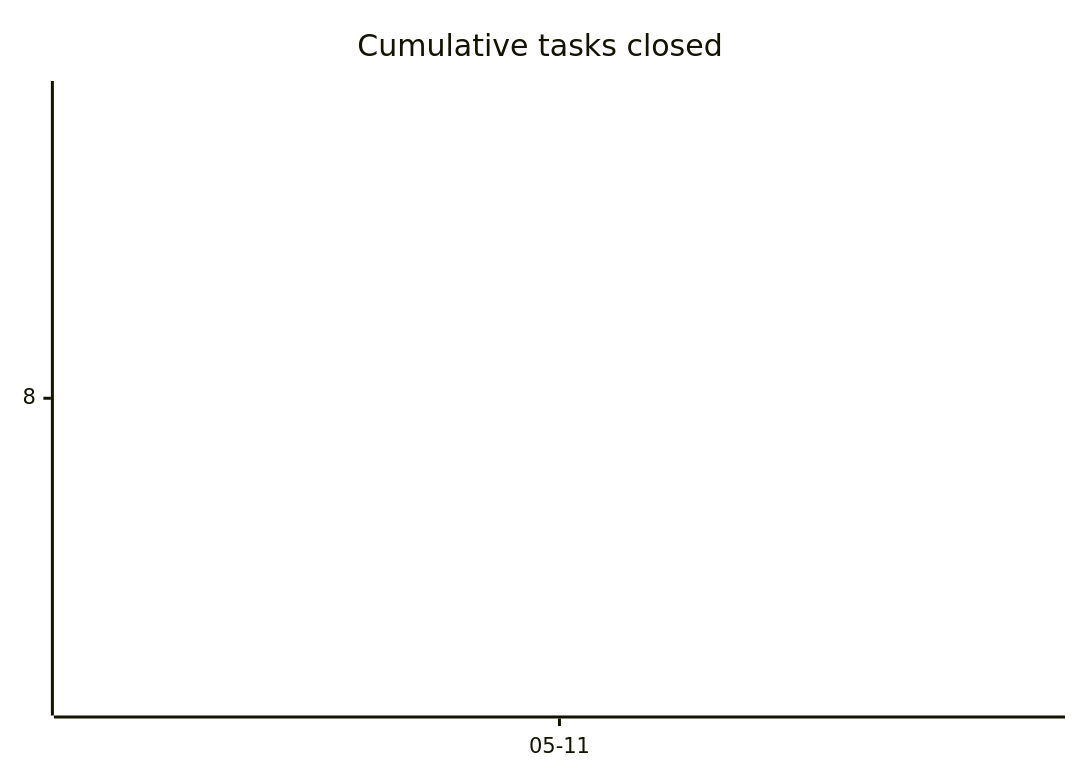
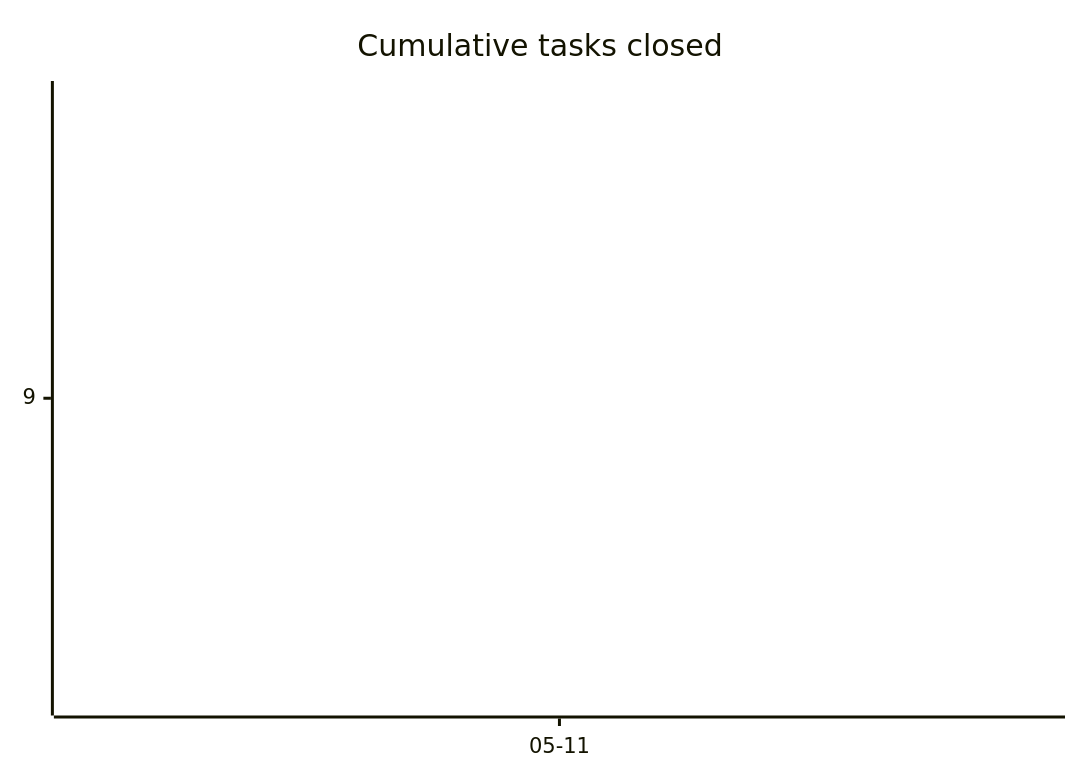
Before and after one commit to tgd1975/AwesomeGuitarPedal: the first of 3 diagrams in docs/developers/tasks/OVERVIEW.md, drawn with Mermaid. The commit also changed other lines of this file and 10 other files, not shown here.

First line of the commit message:
close TASK-379: profile schema accepts named-pin references (EPIC-029)

````diff
--- a/docs/developers/tasks/OVERVIEW.md
+++ b/docs/developers/tasks/OVERVIEW.md
@@ -22,6 +22,6 @@
 ```mermaid
 xychart-beta
     title "Cumulative tasks closed"
     x-axis ["05-11"]
-    line [8]
+    line [9]
 ```
````
